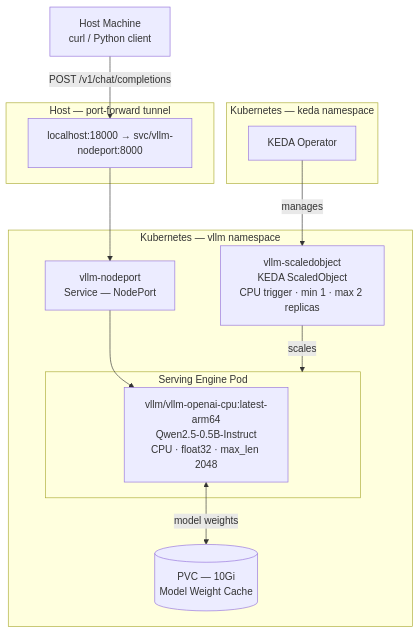
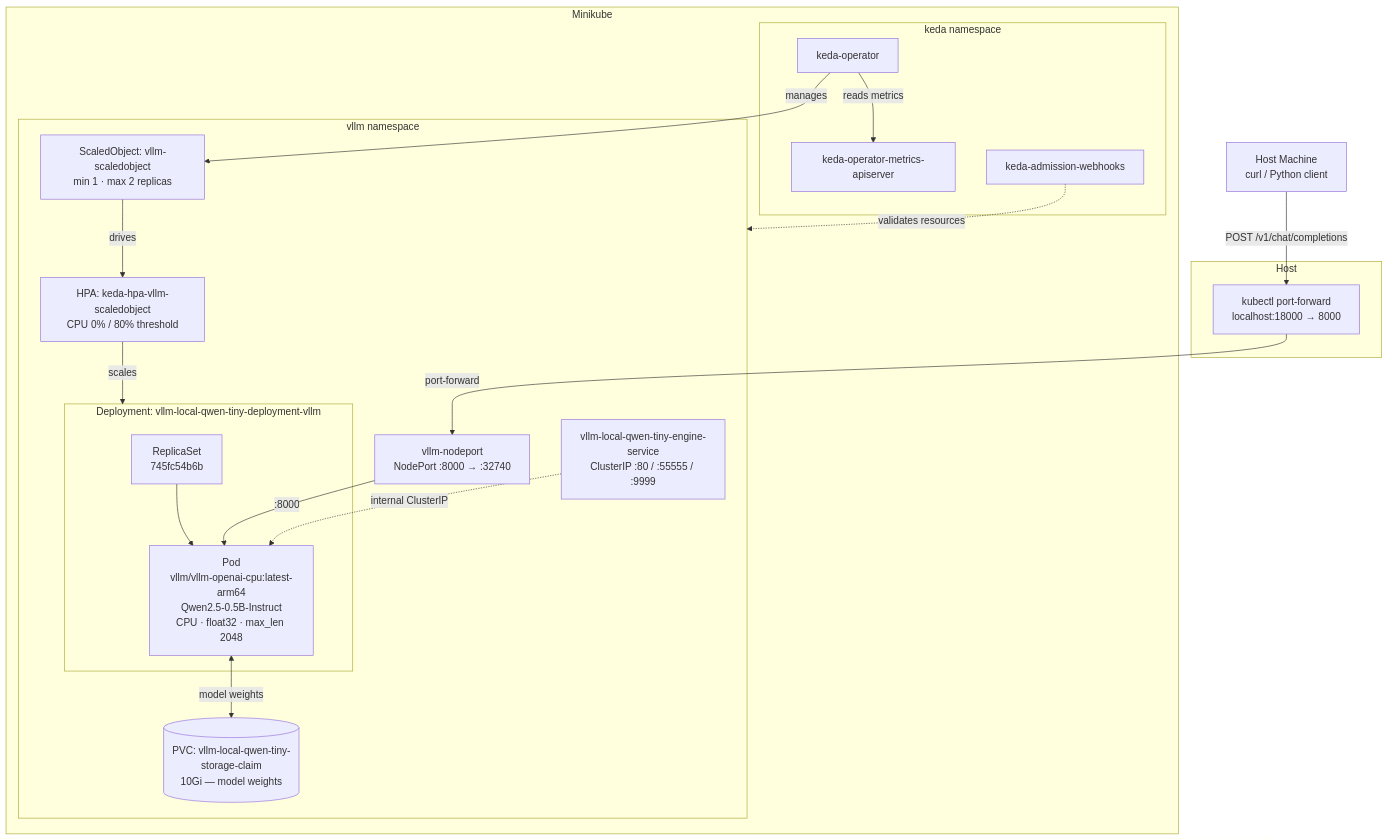
Before and after one commit to SleepingTalent/vllm-example: the diagram in README.md, drawn with Mermaid.

Commit message:
docs: expand Mermaid diagram to show all deployed pods and services
Shows actual resource names from the live cluster:
- vllm namespace: NodePort service, ClusterIP engine service, Deployment,
  ReplicaSet, Pod (with image/model/runtime), PVC, HPA, ScaledObject
- keda namespace: operator, metrics-apiserver, admission-webhooks
- Edges for request path, port-forward, internal ClusterIP, PVC access,
  KEDA metrics/scaling chain, and webhook validation

````diff
--- a/README.md
+++ b/README.md
@@ -63,30 +63,45 @@
 ```mermaid
 graph TD
     Client["Host Machine\ncurl / Python client"]
 
-    subgraph host["Host — port-forward tunnel"]
-        PF["localhost:18000 → svc/vllm-nodeport:8000"]
+    subgraph host["Host"]
+        PF["kubectl port-forward\nlocalhost:18000 → 8000"]
     end
 
-    subgraph vllm_ns["Kubernetes — vllm namespace"]
-        NP["vllm-nodeport\nService — NodePort"]
+    subgraph minikube["Minikube"]
 
-        subgraph engine["Serving Engine Pod"]
-            VLLM["vllm/vllm-openai-cpu:latest-arm64\nQwen2.5-0.5B-Instruct\nCPU · float32 · max_len 2048"]
+        subgraph vllm_ns["vllm namespace"]
+            NP["vllm-nodeport\nNodePort :8000 → :32740"]
+            ESVC["vllm-local-qwen-tiny-engine-service\nClusterIP :80 / :55555 / :9999"]
+
+            subgraph deploy["Deployment: vllm-local-qwen-tiny-deployment-vllm"]
+                RS["ReplicaSet\n745fc54b6b"]
+                POD["Pod\nvllm/vllm-openai-cpu:latest-arm64\nQwen2.5-0.5B-Instruct\nCPU · float32 · max_len 2048"]
+                RS --> POD
+            end
+
+            PVC[("PVC: vllm-local-qwen-tiny-storage-claim\n10Gi — model weights")]
+            HPA["HPA: keda-hpa-vllm-scaledobject\nCPU 0% / 80% threshold"]
+            SO["ScaledObject: vllm-scaledobject\nmin 1 · max 2 replicas"]
         end
 
-        PVC[("PVC — 10Gi\nModel Weight Cache")]
-        SO["vllm-scaledobject\nKEDA ScaledObject\nCPU trigger · min 1 · max 2 replicas"]
-    end
+        subgraph keda_ns["keda namespace"]
+            OP["keda-operator"]
+            MAPISERVER["keda-operator-metrics-apiserver"]
+            WEBHOOK["keda-admission-webhooks"]
+        end
 
-    subgraph keda_ns["Kubernetes — keda namespace"]
-        KEDA["KEDA Operator"]
     end
 
     Client -->|"POST /v1/chat/completions"| PF
-    PF --> NP
-    NP --> VLLM
-    VLLM <-->|"model weights"| PVC
-    KEDA -->|"manages"| SO
-    SO -->|"scales"| engine
+    PF -->|"port-forward"| NP
+    NP -->|":8000"| POD
+    ESVC -.->|"internal ClusterIP"| POD
+    POD <-->|"model weights"| PVC
+
+    OP -->|"reads metrics"| MAPISERVER
+    OP -->|"manages"| SO
+    SO -->|"drives"| HPA
+    HPA -->|"scales"| deploy
+    WEBHOOK -.->|"validates resources"| vllm_ns
 ```
````
